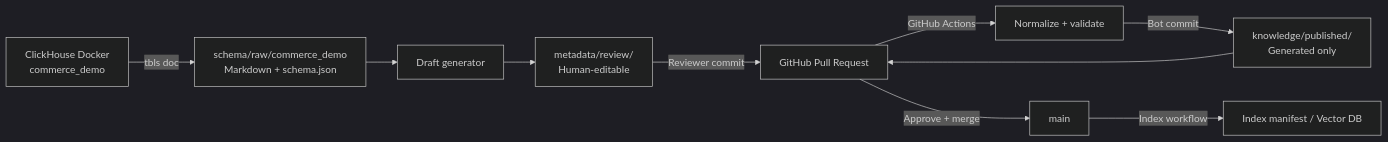
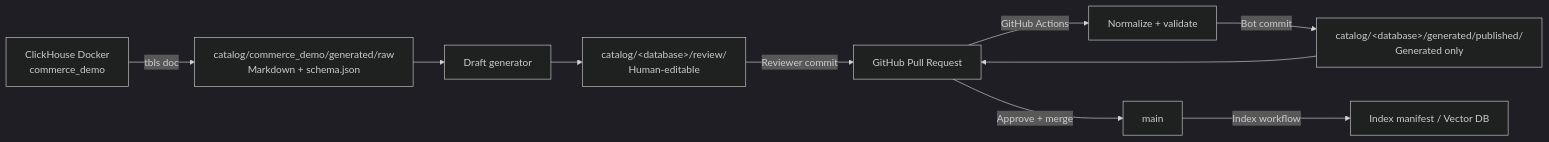
Before and after one commit to ITHealer/metadata-repository: the diagram in PRD.md, drawn with Mermaid (dark theme). The commit also changed other lines of this file and 58 other files, not shown here.

Commit message:
refactor(catalog): migrate to database-first layout

````diff
--- a/PRD.md
+++ b/PRD.md
@@ -81,12 +81,12 @@
 ```mermaid
 flowchart LR
-    A["ClickHouse Docker<br/>commerce_demo"] -->|"tbls doc"| B["schema/raw/commerce_demo<br/>Markdown + schema.json"]
+    A["ClickHouse Docker<br/>commerce_demo"] -->|"tbls doc"| B["catalog/commerce_demo/generated/raw<br/>Markdown + schema.json"]
     B --> C["Draft generator"]
-    C --> D["metadata/review/<br/>Human-editable"]
+    C --> D["catalog/&lt;database&gt;/review/<br/>Human-editable"]
     D -->|"Reviewer commit"| E["GitHub Pull Request"]
     E -->|"GitHub Actions"| F["Normalize + validate"]
-    F -->|"Bot commit"| G["knowledge/published/<br/>Generated only"]
+    F -->|"Bot commit"| G["catalog/&lt;database&gt;/generated/published/<br/>Generated only"]
     G --> E
     E -->|"Approve + merge"| H["main"]
     H -->|"Index workflow"| I["Index manifest / Vector DB"]
 ```
````
